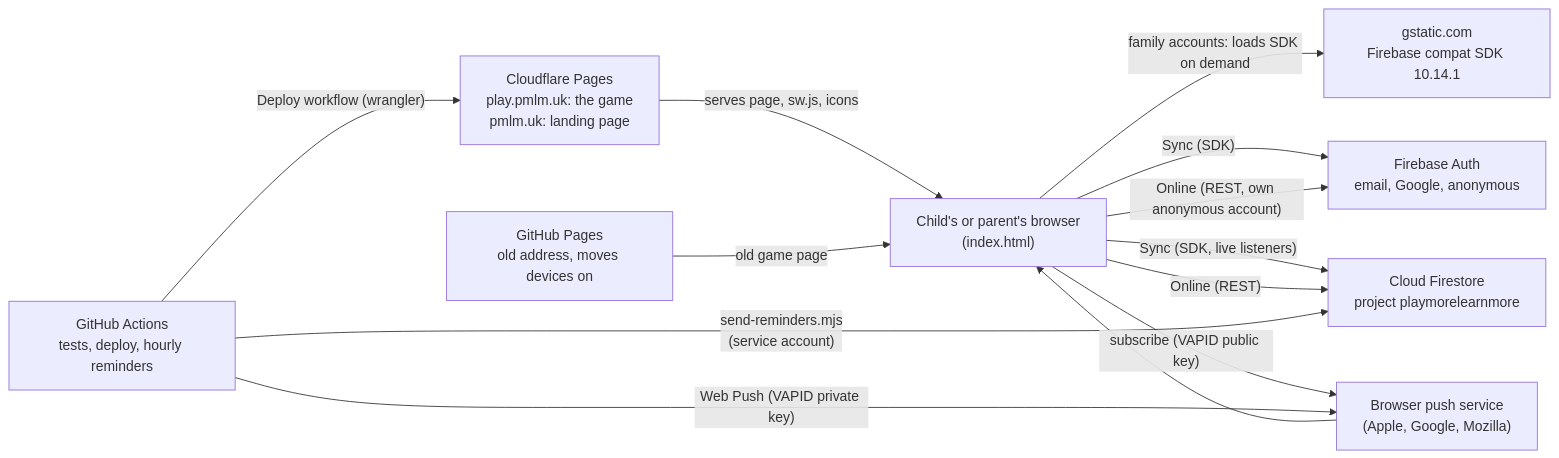
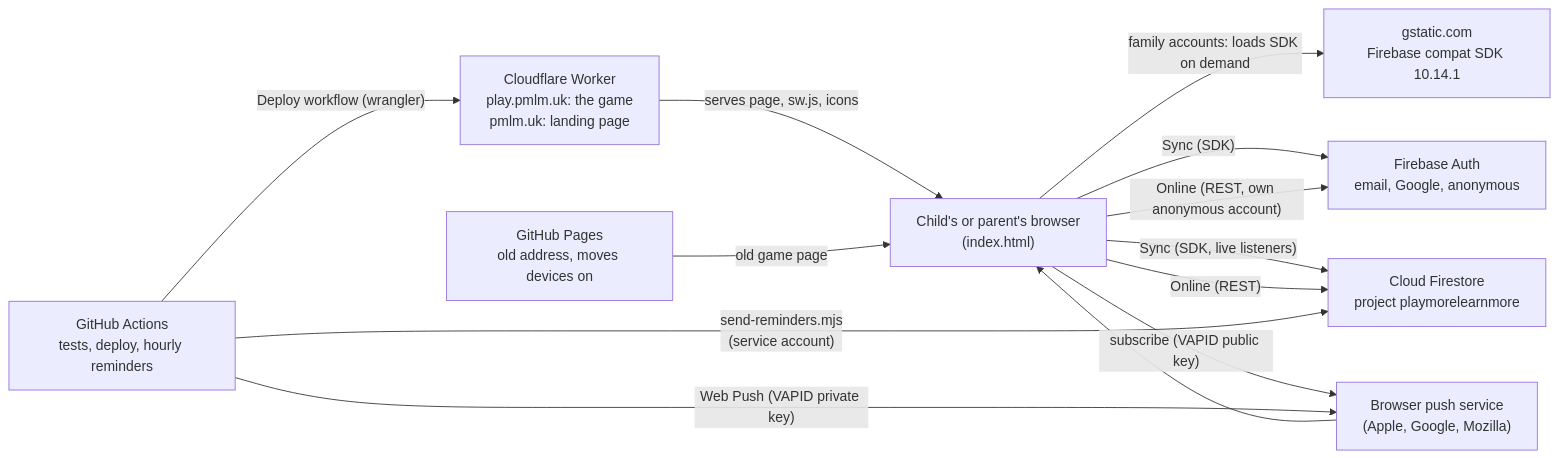
The third of 4 diagrams in docs/technology/architecture.md (Rendorf/play-more-learn-more), drawn with Mermaid before and after one commit. The commit also changed other lines of this file and 18 other files, not shown here.

First line of the commit message:
Deploy to the existing Cloudflare Worker instead of Pages

````diff
--- a/docs/technology/architecture.md
+++ b/docs/technology/architecture.md
@@ -98,24 +98,24 @@
 ```mermaid
 flowchart LR
   device["Child's or parent's browser<br>(index.html)"]
-  pages["Cloudflare Pages<br>play.pmlm.uk: the game<br>pmlm.uk: landing page"]
+  pages["Cloudflare Worker<br>play.pmlm.uk: the game<br>pmlm.uk: landing page"]
   ghp["GitHub Pages<br>old address, moves devices on"]
   gstatic["gstatic.com<br>Firebase compat SDK 10.14.1"]
   auth["Firebase Auth<br>email, Google, anonymous"]
   fs["Cloud Firestore<br>project playmorelearnmore"]
   push["Browser push service<br>(Apple, Google, Mozilla)"]
   gha["GitHub Actions<br>tests, deploy, hourly reminders"]
 
   pages -- "serves page, sw.js, icons" --> device
   ghp -- "old game page" --> device
   gha -- "Deploy workflow (wrangler)" --> pages
   device -- "family accounts: loads SDK on demand" --> gstatic
   device -- "Sync (SDK)" --> auth
   device -- "Sync (SDK, live listeners)" --> fs
   device -- "Online (REST, own anonymous account)" --> auth
   device -- "Online (REST)" --> fs
   device -- "subscribe (VAPID public key)" --> push
   gha -- "send-reminders.mjs<br>(service account)" --> fs
   gha -- "Web Push (VAPID private key)" --> push
   push --> device
 ```
````
